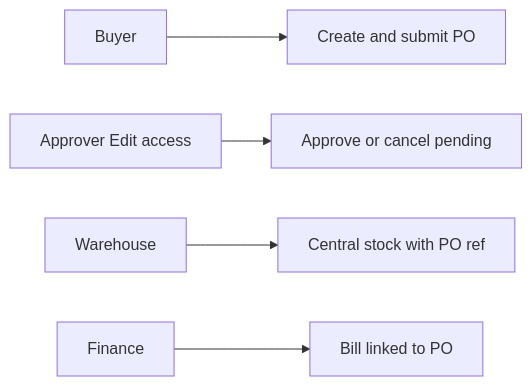
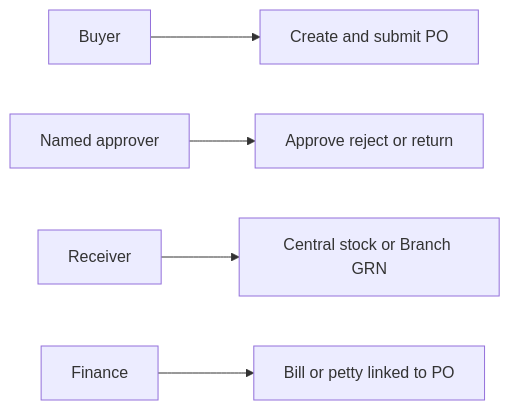
The first of 10 diagrams in v0_final_docs/purchase-order-management.md (Aurifex-Innovations/ERP_docs), drawn with Mermaid before and after one commit. The commit also changed other lines of this file, not shown here.

````diff
--- a/v0_final_docs/purchase-order-management.md
+++ b/v0_final_docs/purchase-order-management.md
@@ -45,7 +57,7 @@
 ```mermaid
 flowchart LR
   buyer["Buyer"] --> createPo["Create and submit PO"]
-  approver["Approver Edit access"] --> approvePo["Approve or cancel pending"]
-  warehouse["Warehouse"] --> stockRef["Central stock with PO ref"]
-  finance["Finance"] --> billLink["Bill linked to PO"]
+  named["Named approver"] --> decidePo["Approve reject or return"]
+  warehouse["Receiver"] --> receivePath["Central stock or Branch GRN"]
+  finance["Finance"] --> billPetty["Bill or petty linked to PO"]
 ```
````
